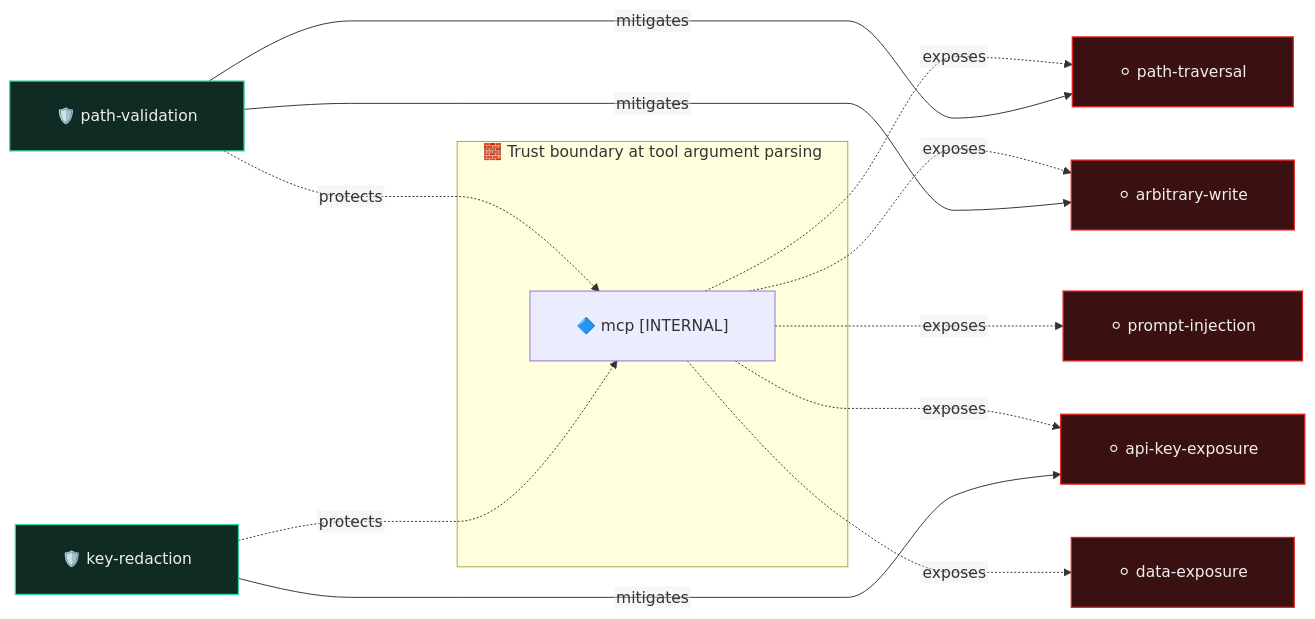
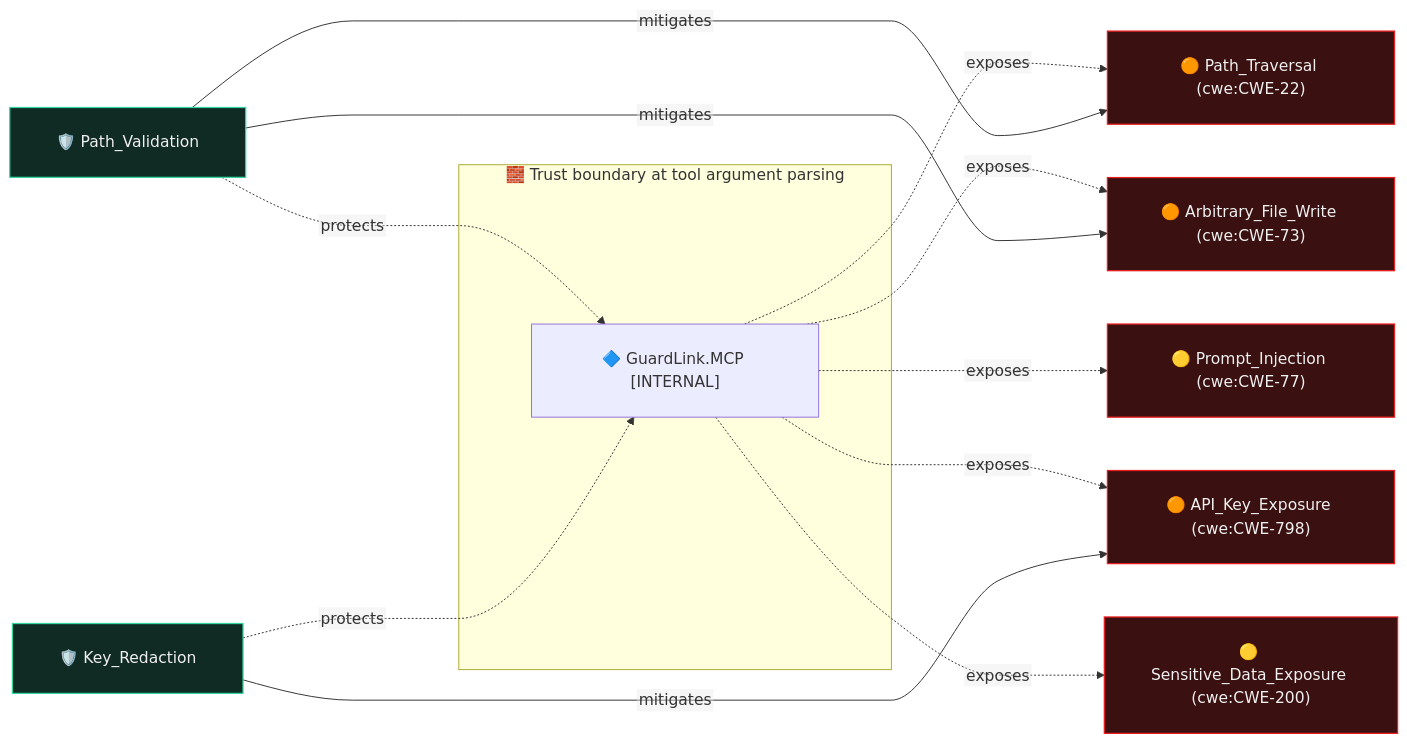
One commit to Bugb-Technologies/guardlink changed the diagram in .guardlink/graph/by-feature/mcp-integration.mmd. Above: the diagram before and after it, drawn with Mermaid. The commit also changed 15 other files, not shown here.

```diff
--- a/.guardlink/graph/by-feature/mcp-integration.mmd
+++ b/.guardlink/graph/by-feature/mcp-integration.mmd
@@ -1,34 +1,47 @@
 %% GENERATED FILE — do not edit. Regenerate with: guardlink artifacts .
-%% artifact:        by-feature/mcp-integration.mmd (@feature "MCP Integration")
-%% annotation_hash: sha256-v2:69d3feaf23e67dd0d5d86273517b07c34d91b9a61c038e0ebea8fc9f7b395f1c
+%% artifact:        by-feature/mcp-integration.mmd
+%% scope:           PARTIAL — @feature "MCP Integration" only, not the whole model
+%% annotation_hash: sha256-v2:05e06e265ed77333a5e44246a4c2c616f8b8504891e5d143cb6e4f4492042e6b
 %% generator:       guardlink@2.0.0
 %% ---
 %% This diagram is derived from the annotations in this repository. If
 %% annotation_hash above differs from what `guardlink status .` reports, the
 %% diagram is STALE — regenerate rather than trusting it.
+%% ---
+%% NARROWED VIEW. The edges below are the relations annotated in files
+%% tagged @feature "MCP Integration"; the nodes are the assets, threats and
+%% controls those relations reference, resolved from their definitions
+%% wherever those are declared. A node missing from this file is one this
+%% feature does not touch — it is NOT missing from the threat model. For
+%% that, read ../threat-graph.mmd.
+%% annotation_hash above is the hash of the WHOLE project's annotations —
+%% the state this view was cut from — not of the narrowing. It is shared by
+%% every artifact in the same emission on purpose: it is what makes one
+%% `guardlink validate . --artifacts` check answer for all of them, and it
+%% lets this file be lined up against model.json from the same run.
 %% When it was generated and at which commit: ask git. Those move for reasons
 %% unrelated to the diagram, so they are reported at emission time, not stored.
 %%{init: {"flowchart": {"nodeSpacing": 55, "rankSpacing": 150, "curve": "monotoneX", "htmlLabels": false, "padding": 24}}}%%
 graph LR
   subgraph TZ0["🧱 Trust boundary at tool argument parsing"]
-    mcp["🔷 mcp [INTERNAL]"]
+    mcp["🔷 GuardLink.MCP [INTERNAL]"]
   end
-  path_traversal["⚪ path-traversal"]:::threat
-  arbitrary_write["⚪ arbitrary-write"]:::threat
-  prompt_injection["⚪ prompt-injection"]:::threat
-  api_key_exposure["⚪ api-key-exposure"]:::threat
-  data_exposure["⚪ data-exposure"]:::threat
-  path_validation["🛡️ path-validation"]:::control
-  key_redaction["🛡️ key-redaction"]:::control
+  path_traversal["🟠 Path_Traversal (cwe:CWE-22)"]:::threat
+  arbitrary_write["🟠 Arbitrary_File_Write (cwe:CWE-73)"]:::threat
+  prompt_injection["🟡 Prompt_Injection (cwe:CWE-77)"]:::threat
+  api_key_exposure["🟠 API_Key_Exposure (cwe:CWE-798)"]:::threat
+  data_exposure["🟡 Sensitive_Data_Exposure (cwe:CWE-200)"]:::threat
+  path_validation["🛡️ Path_Validation"]:::control
+  key_redaction["🛡️ Key_Redaction"]:::control
   mcp -. exposes .-> path_traversal
   mcp -. exposes .-> arbitrary_write
   mcp -. exposes .-> prompt_injection
   mcp -. exposes .-> api_key_exposure
   mcp -. exposes .-> data_exposure
   path_validation -- mitigates --> path_traversal
   path_validation -. protects .-> mcp
   path_validation -- mitigates --> arbitrary_write
   key_redaction -- mitigates --> api_key_exposure
   key_redaction -. protects .-> mcp
   classDef threat fill:#3a1010,stroke:#ea1d1d,color:#f0f0f0,stroke-width:1.3px
   classDef control fill:#102a24,stroke:#33d49d,color:#f0f0f0,stroke-width:1.3px
```
